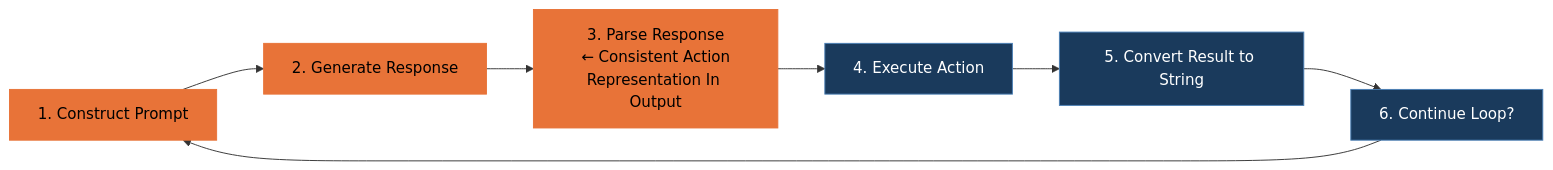
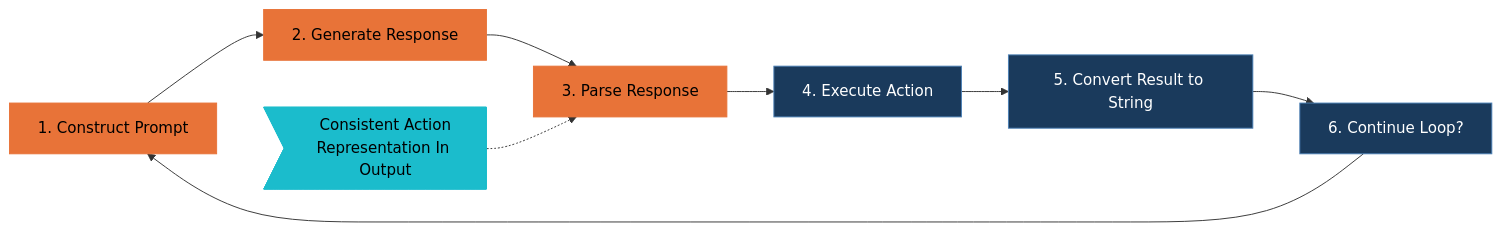
Before and after one commit to WhatIfWeDigDeeper/typescript-ai-agents-course: the fourth of 4 diagrams in 01-agentic-ai-concepts.md, drawn with Mermaid. The commit also changed other lines of this file, not shown here.

Commit message:
docs: refine flowchart descriptions and add note for AI action representation

````diff
--- a/01-agentic-ai-concepts.md
+++ b/01-agentic-ai-concepts.md
@@ -147,16 +147,20 @@
 ```mermaid
 flowchart LR
     S1["1. Construct Prompt"] --> S2["2. Generate Response"]
-    S2 --> S3["3. Parse Response\n← Consistent Action\nRepresentation In Output"]
+    S2 --> S3["3. Parse Response"]
     S3 --> S4["4. Execute Action"]
     S4 --> S5["5. Convert Result to String"]
     S5 --> S6["6. Continue Loop?"]
     S6 --> S1
+
+    Note>"Consistent Action\nRepresentation In Output"]
+    Note -.-> S3
 
     style S1 fill:#e87338,stroke:#e87338,color:#000
     style S2 fill:#e87338,stroke:#e87338,color:#000
     style S3 fill:#e87338,stroke:#e87338,color:#000
     style S4 fill:#1a3a5c,stroke:#4a7fb5,color:#fff
     style S5 fill:#1a3a5c,stroke:#4a7fb5,color:#fff
     style S6 fill:#1a3a5c,stroke:#4a7fb5,color:#fff
+    style Note fill:#1bbccc,stroke:#1bbccc,color:#000
 ```
````
